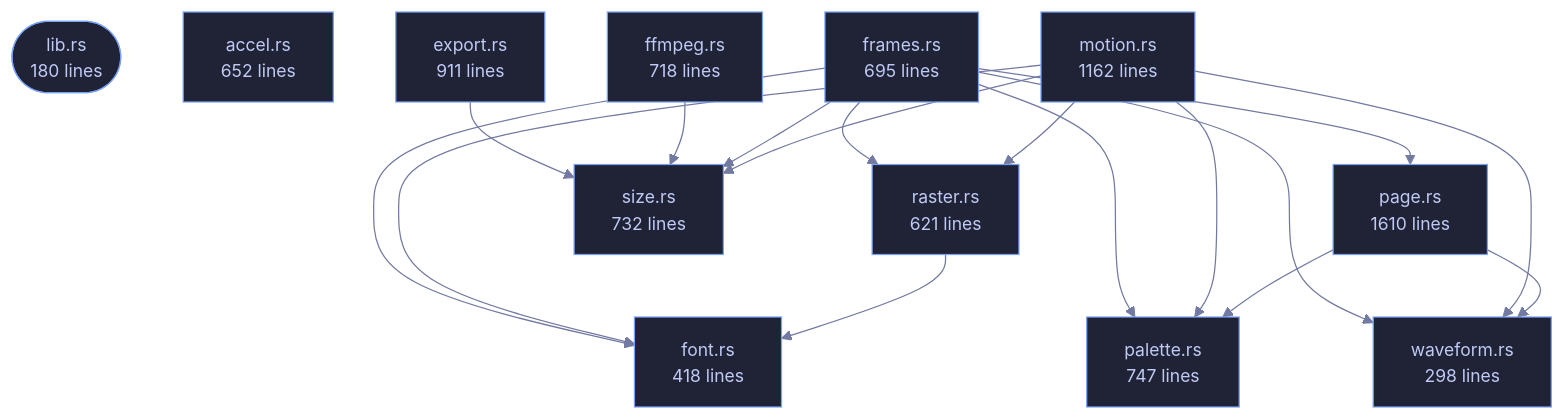
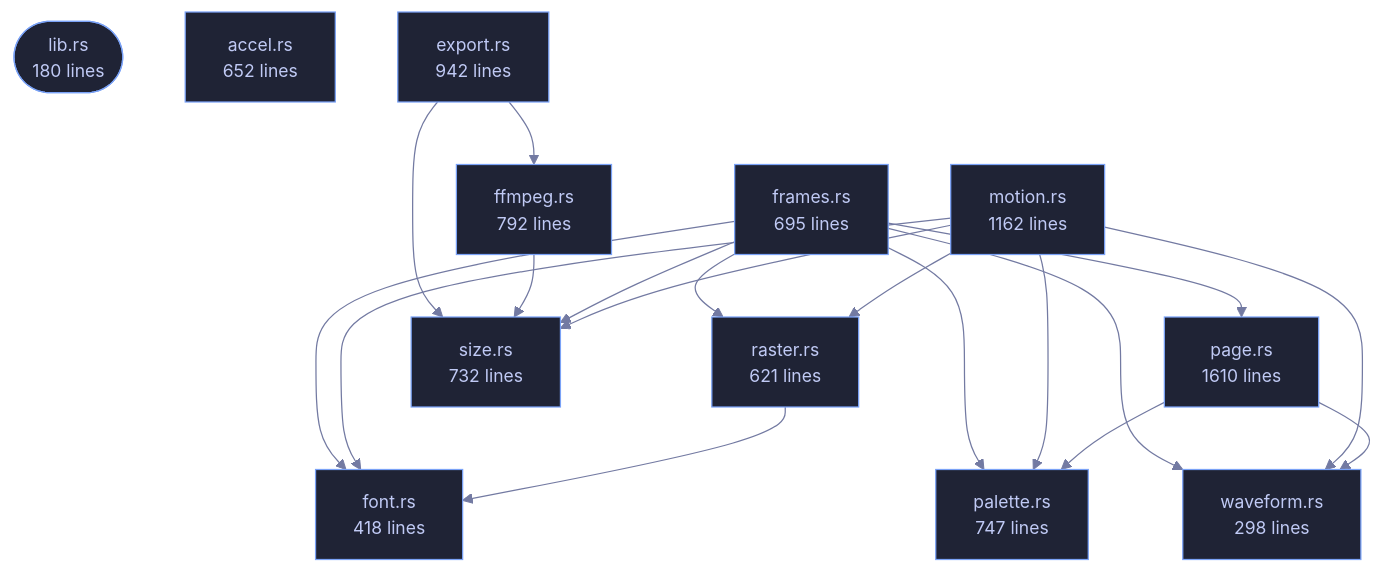
The diagram in crates/veilvoice-video/README.md (tilas01/veilvoice), drawn with Mermaid before and after one commit. The commit also changed other lines of this file and 82 other files, not shown here.

````diff
--- a/crates/veilvoice-video/README.md
+++ b/crates/veilvoice-video/README.md
@@ -101,44 +101,45 @@
 ```mermaid
 %%{init: {"theme":"base","themeVariables":{"background":"#1a1b26","primaryColor":"#1f2335","primaryTextColor":"#c0caf5","primaryBorderColor":"#7aa2f7","secondaryColor":"#16161e","tertiaryColor":"#16161e","lineColor":"#737aa2","textColor":"#c0caf5","mainBkg":"#1f2335","nodeBorder":"#7aa2f7","clusterBkg":"#16161e","clusterBorder":"#2f3549","fontFamily":"ui-monospace, SFMono-Regular, Consolas, monospace","fontSize":"14px"}}}%%
 flowchart TD
     n_lib(["lib.rs<br/>180 lines"])
     n_accel["accel.rs<br/>652 lines"]
-    n_export["export.rs<br/>911 lines"]
-    n_ffmpeg["ffmpeg.rs<br/>718 lines"]
+    n_export["export.rs<br/>942 lines"]
+    n_ffmpeg["ffmpeg.rs<br/>792 lines"]
     n_font["font.rs<br/>418 lines"]
     n_frames["frames.rs<br/>695 lines"]
     n_motion["motion.rs<br/>1162 lines"]
     n_page["page.rs<br/>1610 lines"]
     n_palette["palette.rs<br/>747 lines"]
     n_raster["raster.rs<br/>621 lines"]
     n_size["size.rs<br/>732 lines"]
     n_waveform["waveform.rs<br/>298 lines"]
+    n_export --> n_ffmpeg
     n_export --> n_size
     n_ffmpeg --> n_size
     n_frames --> n_font
     n_frames --> n_page
     n_frames --> n_palette
     n_frames --> n_raster
     n_frames --> n_size
     n_frames --> n_waveform
     n_motion --> n_font
     n_motion --> n_palette
     n_motion --> n_raster
     n_motion --> n_size
     n_motion --> n_waveform
     n_page --> n_palette
     n_page --> n_waveform
     n_raster --> n_font
     click n_lib href "https://github.com/tilas01/veilvoice/blob/main/crates/veilvoice-video/src/lib.rs" "open the source"
     click n_accel href "https://github.com/tilas01/veilvoice/blob/main/crates/veilvoice-video/src/accel.rs" "open the source"
     click n_export href "https://github.com/tilas01/veilvoice/blob/main/crates/veilvoice-video/src/export.rs" "open the source"
     click n_ffmpeg href "https://github.com/tilas01/veilvoice/blob/main/crates/veilvoice-video/src/ffmpeg.rs" "open the source"
     click n_font href "https://github.com/tilas01/veilvoice/blob/main/crates/veilvoice-video/src/font.rs" "open the source"
     click n_frames href "https://github.com/tilas01/veilvoice/blob/main/crates/veilvoice-video/src/frames.rs" "open the source"
     click n_motion href "https://github.com/tilas01/veilvoice/blob/main/crates/veilvoice-video/src/motion.rs" "open the source"
     click n_page href "https://github.com/tilas01/veilvoice/blob/main/crates/veilvoice-video/src/page.rs" "open the source"
     click n_palette href "https://github.com/tilas01/veilvoice/blob/main/crates/veilvoice-video/src/palette.rs" "open the source"
     click n_raster href "https://github.com/tilas01/veilvoice/blob/main/crates/veilvoice-video/src/raster.rs" "open the source"
     click n_size href "https://github.com/tilas01/veilvoice/blob/main/crates/veilvoice-video/src/size.rs" "open the source"
     click n_waveform href "https://github.com/tilas01/veilvoice/blob/main/crates/veilvoice-video/src/waveform.rs" "open the source"
 ```
````
